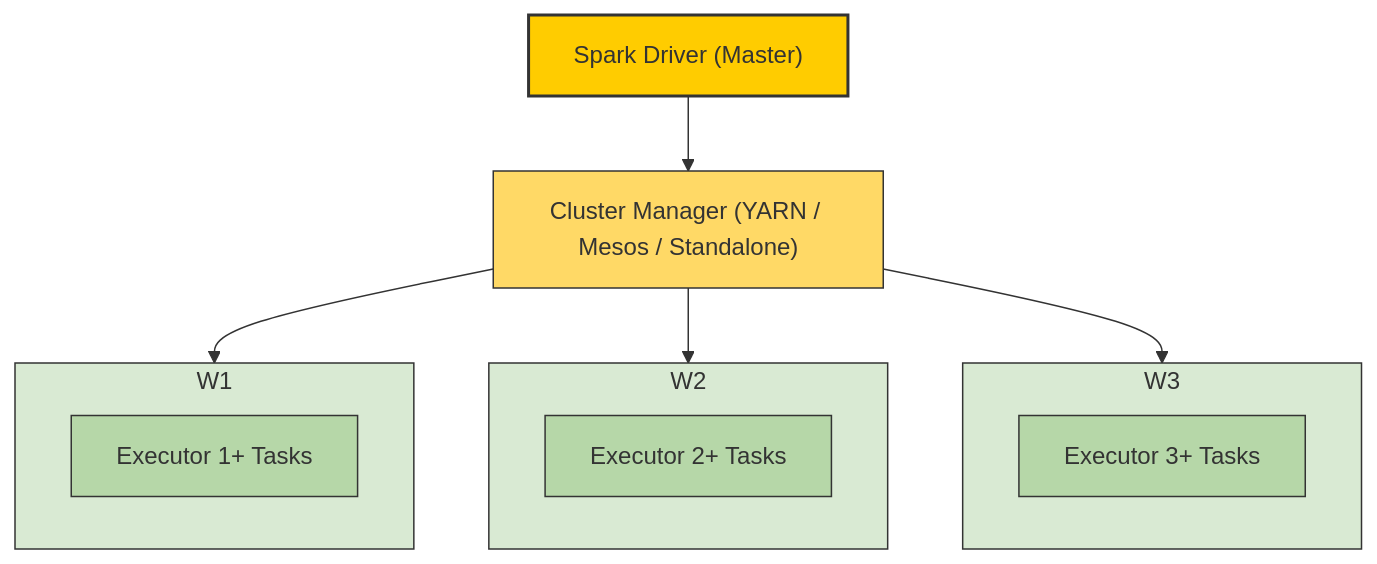
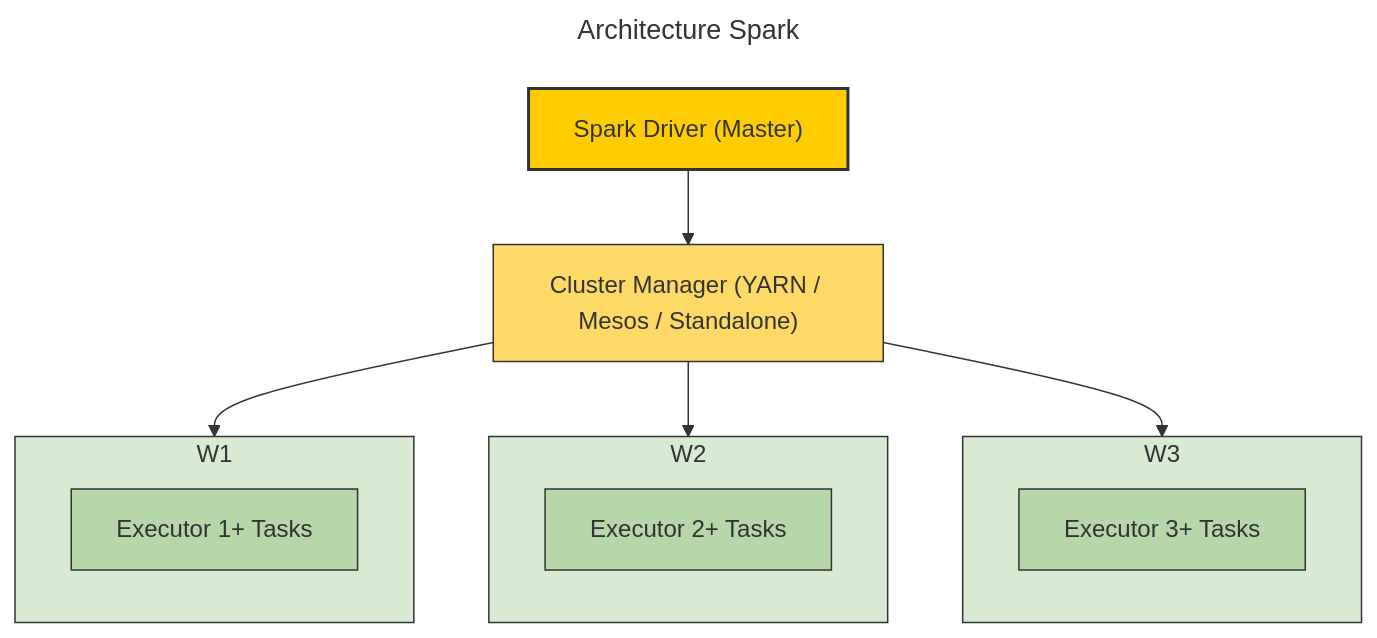
The diagram in README.md (Yhafiz05/Spark-Docker), drawn with Mermaid before and after one commit. The commit also changed other lines of this file, not shown here.

````diff
--- a/README.md
+++ b/README.md
@@ -22,29 +25,32 @@
 ```mermaid
+---
+title: "Architecture Spark"
+---
 graph TD
     A["Spark Driver (Master)"] --> B["Cluster Manager (YARN / Mesos / Standalone)"]
     B --> W1["Worker Node 1"]
     B --> W2["Worker Node 2"]
     B --> W3["Worker Node 3"]
 
     subgraph W1
         E11["Executor 1+ Tasks"]
     end
 
     subgraph W2
         E21["Executor 2+ Tasks"]
     end
 
     subgraph W3
         E31["Executor 3+ Tasks"]
     end
 
     style A fill:#ffcc00,stroke:#333,stroke-width:2px
     style B fill:#ffd966,stroke:#333,stroke-width:1px
     style W1 fill:#d9ead3,stroke:#333,stroke-width:1px
     style W2 fill:#d9ead3,stroke:#333,stroke-width:1px
     style W3 fill:#d9ead3,stroke:#333,stroke-width:1px
     style E11 fill:#b6d7a8,stroke:#333,stroke-width:1px
     style E21 fill:#b6d7a8,stroke:#333,stroke-width:1px
     style E31 fill:#b6d7a8,stroke:#333,stroke-width:1px
 
 ```
````
